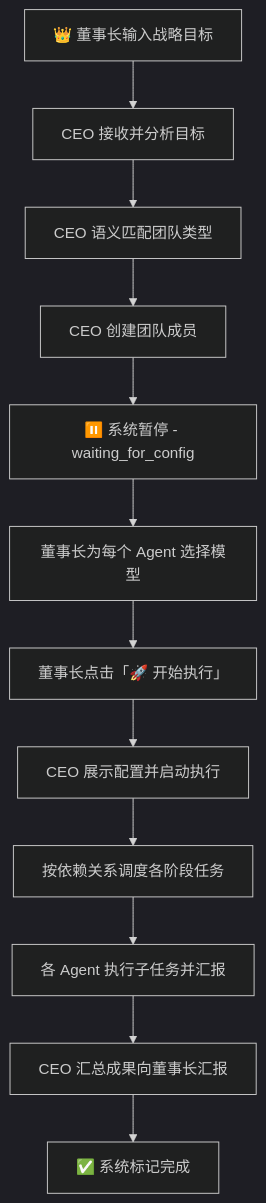
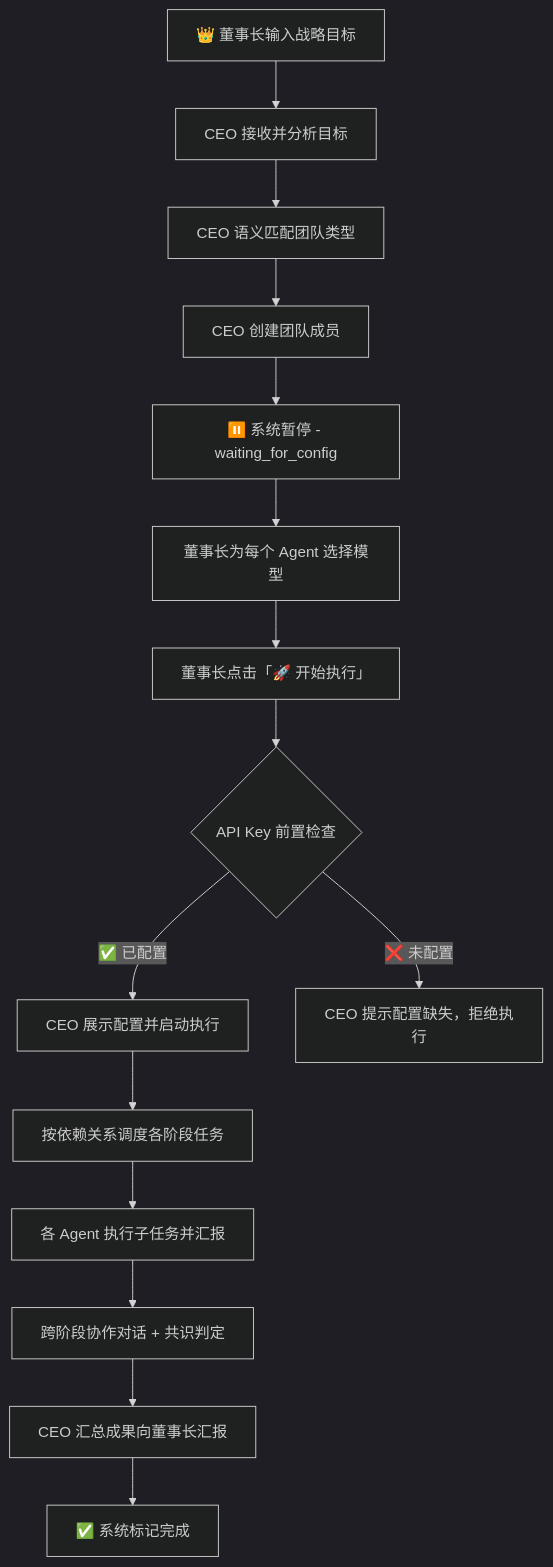
The diagram in README.md (hudijiang/ai-team-engine), drawn with Mermaid (dark theme) before and after one commit. The commit also changed other lines of this file and 1 other file, not shown here.

````diff
--- a/README.md
+++ b/README.md
@@ -11,14 +9,17 @@
 ```mermaid
 flowchart TD
     A[👑 董事长输入战略目标] --> B[CEO 接收并分析目标]
     B --> C[CEO 语义匹配团队类型]
     C --> D[CEO 创建团队成员]
     D --> E[⏸️ 系统暂停 - waiting_for_config]
     E --> F[董事长为每个 Agent 选择模型]
     F --> G[董事长点击「🚀 开始执行」]
-    G --> H[CEO 展示配置并启动执行]
-    H --> I[按依赖关系调度各阶段任务]
-    I --> J[各 Agent 执行子任务并汇报]
-    J --> K[CEO 汇总成果向董事长汇报]
-    K --> L[✅ 系统标记完成]
+    G --> H{API Key 前置检查}
+    H -->|✅ 已配置| I[CEO 展示配置并启动执行]
+    H -->|❌ 未配置| J[CEO 提示配置缺失，拒绝执行]
+    I --> K[按依赖关系调度各阶段任务]
+    K --> L[各 Agent 执行子任务并汇报]
+    L --> M[跨阶段协作对话 + 共识判定]
+    M --> N[CEO 汇总成果向董事长汇报]
+    N --> O[✅ 系统标记完成]
 ```
````
